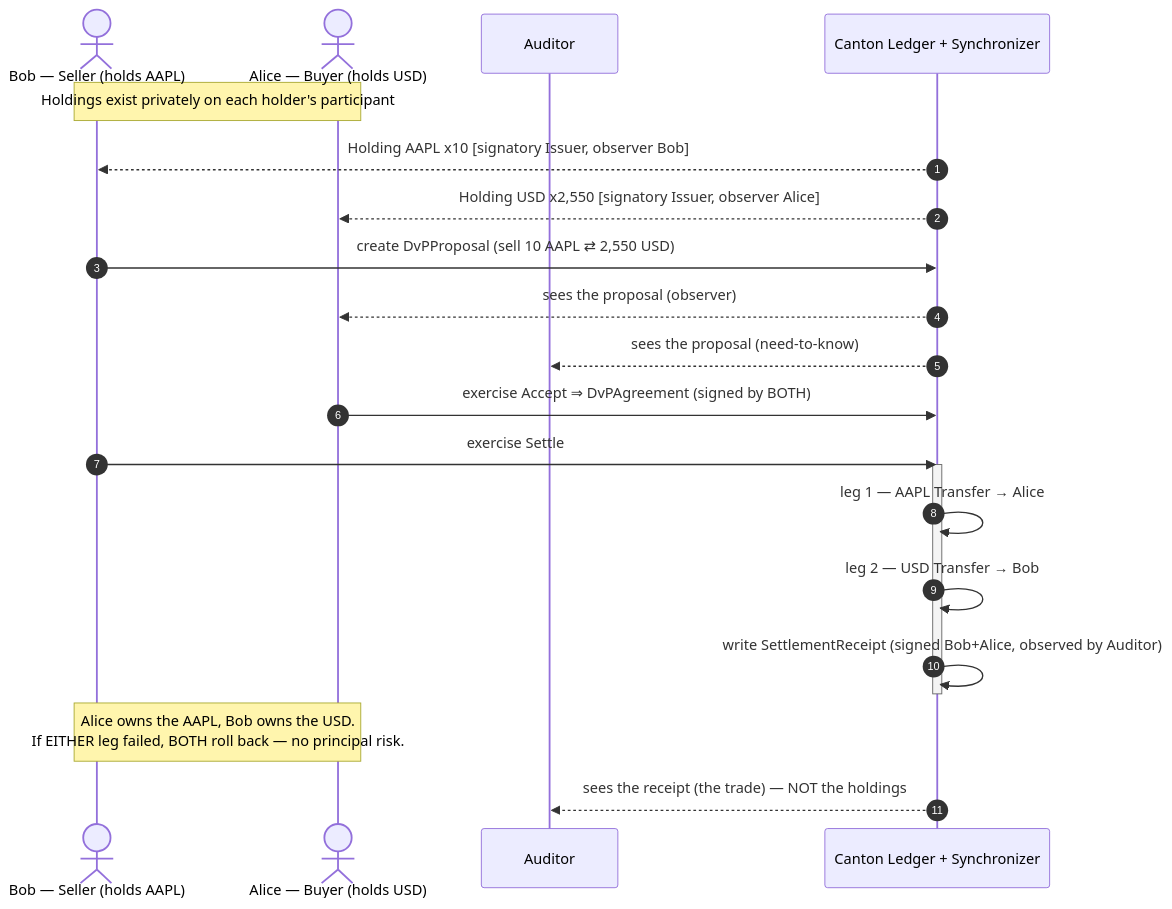
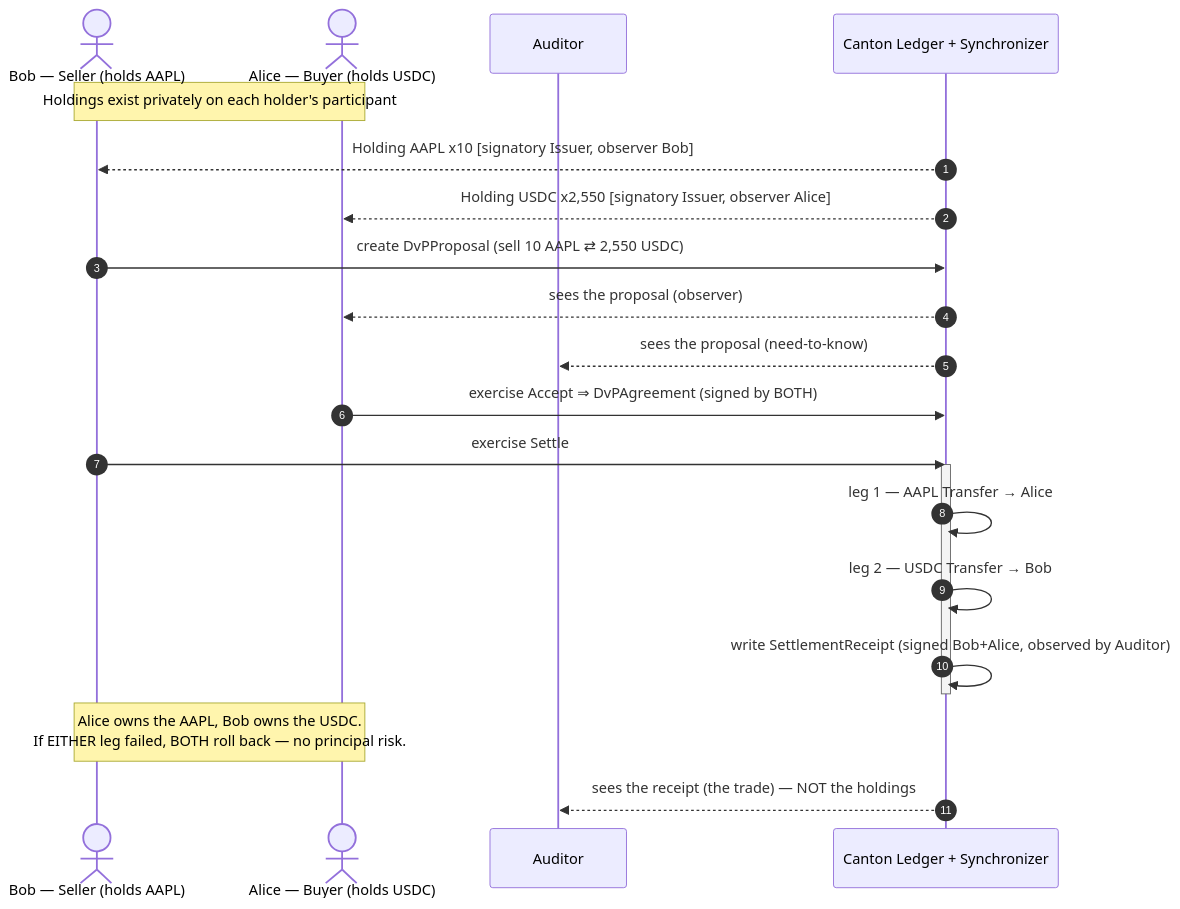
The first of 2 diagrams in README.md (superbigroach/canton-dvp-settlement-desk), drawn with Mermaid before and after one commit. The commit also changed other lines of this file and 51 other files, not shown here.

First line of the commit message:
feat(ui): simple React Buy/Sell settlement desk + USD->USDC rename + server-orchestrated DvP/MOC

````diff
--- a/README.md
+++ b/README.md
@@ -116,26 +116,26 @@
 ```mermaid
 sequenceDiagram
     autonumber
     actor Bob as Bob — Seller (holds AAPL)
-    actor Alice as Alice — Buyer (holds USD)
+    actor Alice as Alice — Buyer (holds USDC)
     participant Aud as Auditor
     participant L as Canton Ledger + Synchronizer
 
     Note over Bob,Alice: Holdings exist privately on each holder's participant
     L-->>Bob: Holding AAPL x10   [signatory Issuer, observer Bob]
-    L-->>Alice: Holding USD x2,550 [signatory Issuer, observer Alice]
+    L-->>Alice: Holding USDC x2,550 [signatory Issuer, observer Alice]
 
-    Bob->>L: create DvPProposal (sell 10 AAPL ⇄ 2,550 USD)
+    Bob->>L: create DvPProposal (sell 10 AAPL ⇄ 2,550 USDC)
     L-->>Alice: sees the proposal (observer)
     L-->>Aud: sees the proposal (need-to-know)
 
     Alice->>L: exercise Accept  ⇒ DvPAgreement (signed by BOTH)
     Bob->>L: exercise Settle
     activate L
     L->>L: leg 1 — AAPL Transfer → Alice
-    L->>L: leg 2 — USD Transfer → Bob
+    L->>L: leg 2 — USDC Transfer → Bob
     L->>L: write SettlementReceipt (signed Bob+Alice, observed by Auditor)
     deactivate L
-    Note over Bob,Alice: Alice owns the AAPL, Bob owns the USD.<br/>If EITHER leg failed, BOTH roll back — no principal risk.
+    Note over Bob,Alice: Alice owns the AAPL, Bob owns the USDC.<br/>If EITHER leg failed, BOTH roll back — no principal risk.
     L-->>Aud: sees the receipt (the trade) — NOT the holdings
 ```
````
